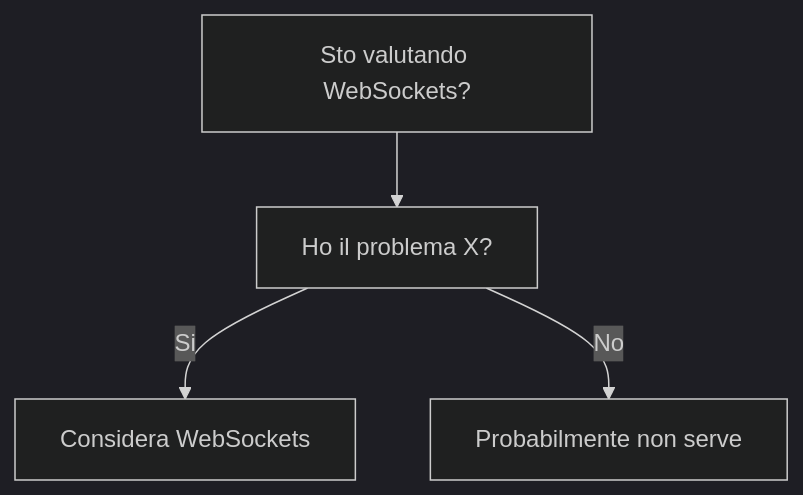
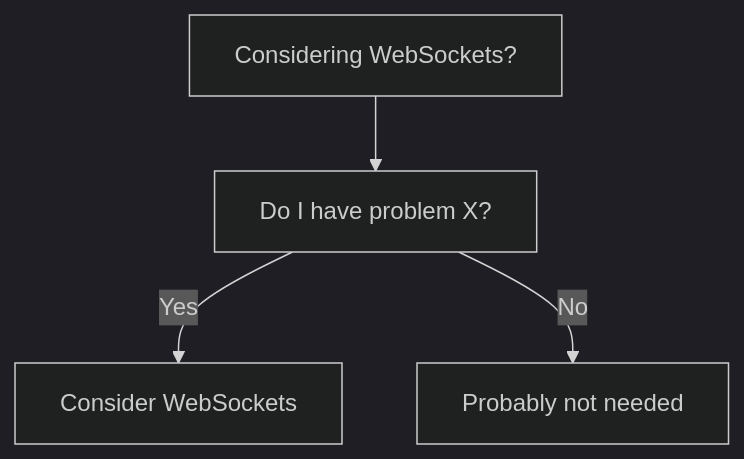
One commit to HxT9/Software-Dev-Wiki changed the diagram in dev-wiki/07_Networking/WebSockets/When_To_Use.md. Above: the diagram before and after it, drawn with Mermaid (dark theme). The commit also changed other lines of this file and 3444 other files, not shown here.

````diff
--- a/dev-wiki/07_Networking/WebSockets/When_To_Use.md
+++ b/dev-wiki/07_Networking/WebSockets/When_To_Use.md
@@ -19,6 +19,6 @@
 ```mermaid
 flowchart TD
-  Q[Sto valutando WebSockets?] --> Q1[Ho il problema X?]
-  Q1 -->|Si| OK[Considera WebSockets]
-  Q1 -->|No| NO[Probabilmente non serve]
+  Q[Considering WebSockets?] --> Q1[Do I have problem X?]
+  Q1 -->|Yes| OK[Consider WebSockets]
+  Q1 -->|No| NO[Probably not needed]
 ```
````
